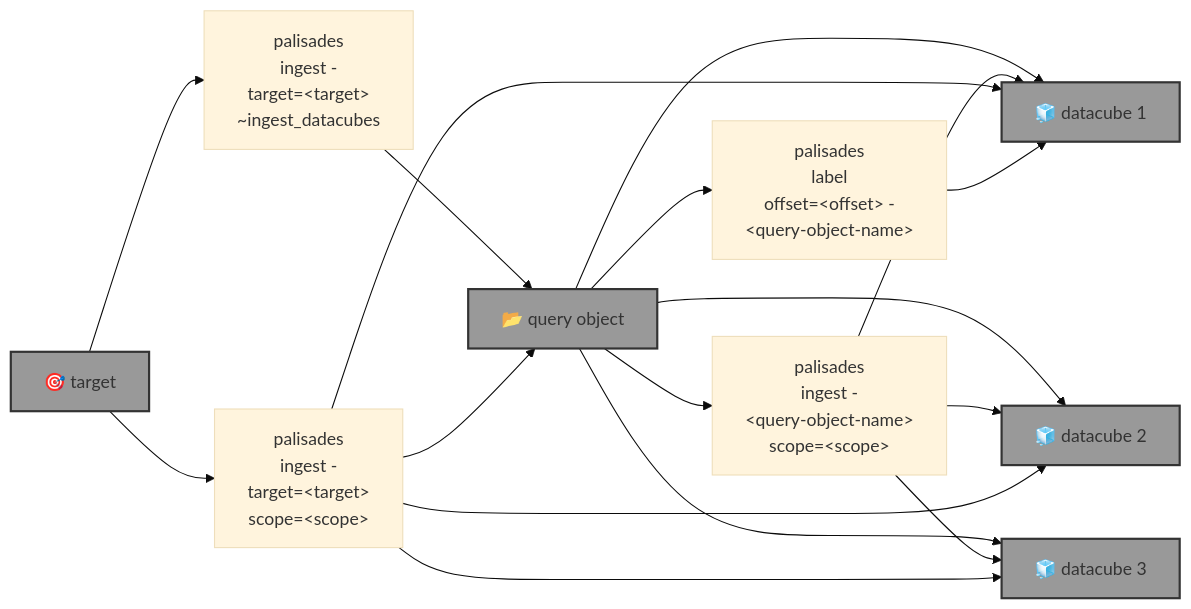
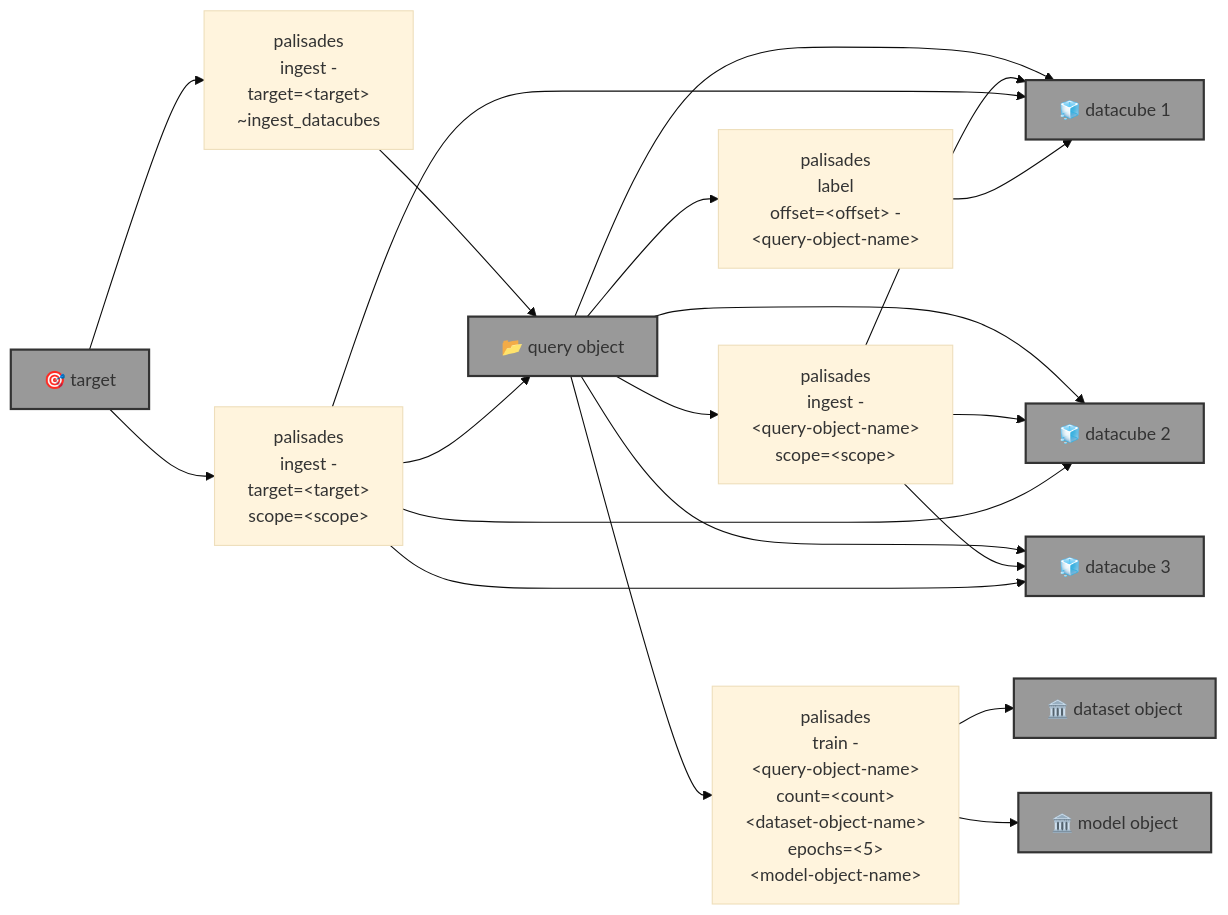
The diagram in blue_sandbox/palisades/README.md (kamangir/blue-sandbox), drawn with Mermaid (base theme) before and after one commit. The commit also changed 3 other files, not shown here.

````diff
--- a/blue_sandbox/palisades/README.md
+++ b/blue_sandbox/palisades/README.md
@@ -5,39 +5,47 @@
 ```mermaid
 graph LR
     palisades_ingest_query_ingest["palisades<br>ingest -<br>&lt;query-object-name&gt;<br>scope=&lt;scope&gt;"]
 
     palisades_ingest_target["palisades<br>ingest -<br>target=&lt;target&gt;<br>~ingest_datacubes"]
 
     palisades_ingest_target_ingest["palisades<br>ingest -<br>target=&lt;target&gt;<br>scope=&lt;scope&gt;"]
 
     palisades_label["palisades<br>label<br>offset=&lt;offset&gt; -<br>&lt;query-object-name&gt;"]
 
+    palisades_train["palisades<br>train -<br>&lt;query-object-name&gt;<br>count=&lt;count&gt;<br>&lt;dataset-object-name&gt;<br>epochs=&lt;5&gt;<br>&lt;model-object-name&gt;"]
+
     target["🎯 target"]:::folder
     query_object["📂 query object"]:::folder
     datacube_1["🧊 datacube 1"]:::folder
     datacube_2["🧊 datacube 2"]:::folder
     datacube_3["🧊 datacube 3"]:::folder
+    dataset_object["🏛️ dataset object"]:::folder
+    model_object["🏛️ model object"]:::folder
 
     query_object --> datacube_1
     query_object --> datacube_2
     query_object --> datacube_3
 
     query_object --> palisades_ingest_query_ingest
     palisades_ingest_query_ingest --> datacube_1
     palisades_ingest_query_ingest --> datacube_2
     palisades_ingest_query_ingest --> datacube_3
 
     target --> palisades_ingest_target
     palisades_ingest_target --> query_object
 
     target --> palisades_ingest_target_ingest
     palisades_ingest_target_ingest --> query_object
     palisades_ingest_target_ingest --> datacube_1
     palisades_ingest_target_ingest --> datacube_2
     palisades_ingest_target_ingest --> datacube_3
 
     query_object --> palisades_label
     palisades_label --> datacube_1
 
+    query_object --> palisades_train
+    palisades_train --> dataset_object
+    palisades_train --> model_object
+
     classDef folder fill:#999,stroke:#333,stroke-width:2px;
 ```
````
